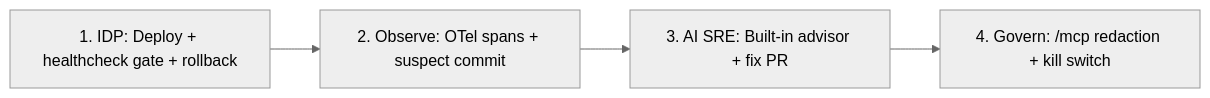
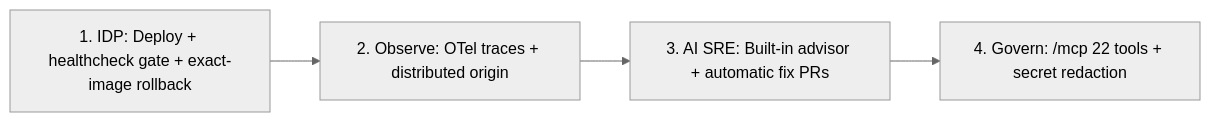
The diagram in README.md (ibrahim-enejy/formatio-failure-lab), drawn with Mermaid (neutral theme) before and after one commit. The commit also changed other lines of this file and 107 other files, not shown here.

Commit message:
feat(mesh): upgrade Node/Go/Python apps with stock OTel, Railpack configs, and 3-service distributed scenarios (17-18)

````diff
--- a/README.md
+++ b/README.md
@@ -19,6 +17,6 @@
 ```mermaid
 flowchart LR
-    Deploy["1. IDP: Deploy + healthcheck gate + rollback"] --> Observe["2. Observe: OTel spans + suspect commit"]
-    Observe --> SRE["3. AI SRE: Built-in advisor + fix PR"]
-    SRE --> Govern["4. Govern: /mcp redaction + kill switch"]
+    Deploy["1. IDP: Deploy + healthcheck gate + exact-image rollback"] --> Observe["2. Observe: OTel traces + distributed origin"]
+    Observe --> SRE["3. AI SRE: Built-in advisor + automatic fix PRs"]
+    SRE --> Govern["4. Govern: /mcp 22 tools + secret redaction"]
 ```
````
